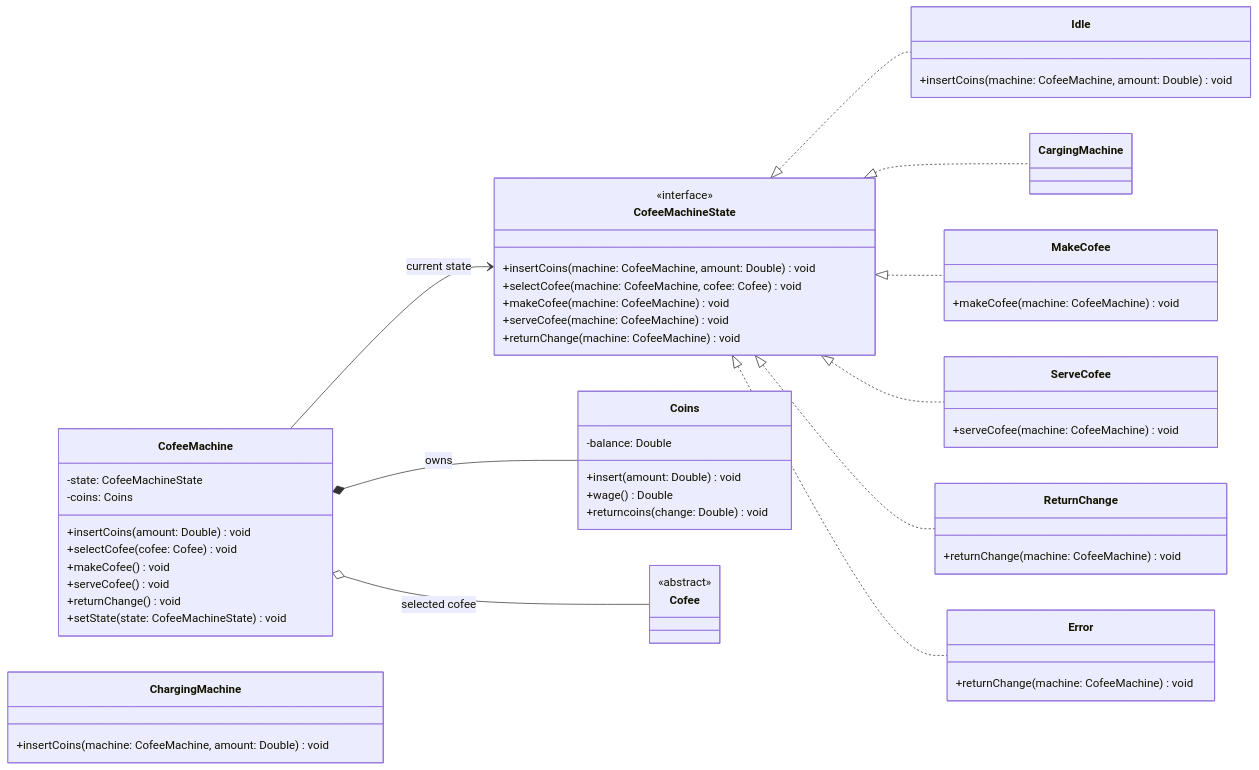
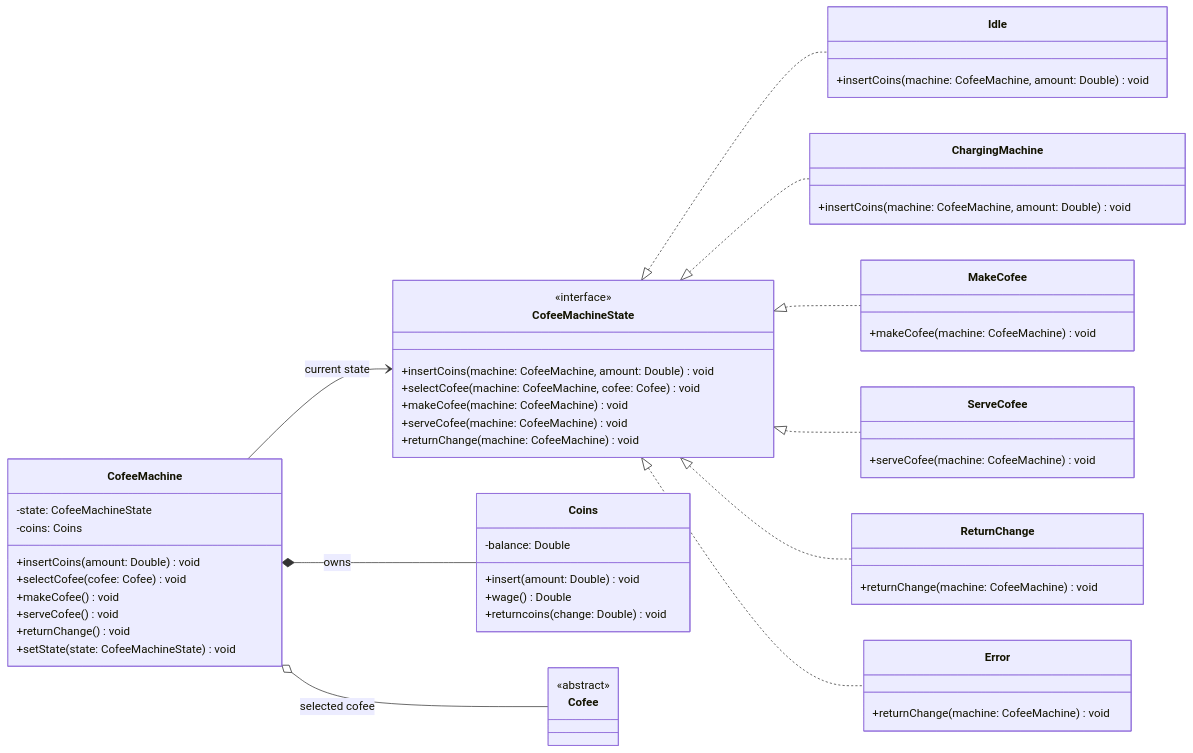
One commit to anxovaz/maquina-cafe changed the second of 3 diagrams in README.md. Above: the diagram before and after it, drawn with Mermaid. The commit also changed 2 other files, not shown here.

Commit message:
estados 2 PR Develop -> main 2 (#2)
* Add Coffee machine states and coffee machine

* Refactor change source code path to src/main/Kotlin

* Remake CofeeMachineState custom

* Fix mermaid + comments

* Add code comments to CofeeMachine

````diff
--- a/README.md
+++ b/README.md
@@ -24,64 +24,64 @@
 ```mermaid
 classDiagram
     direction LR
 
     class CofeeMachine {
         -state: CofeeMachineState
         -coins: Coins
         +insertCoins(amount: Double) void
         +selectCofee(cofee: Cofee) void
         +makeCofee() void
         +serveCofee() void
         +returnChange() void
         +setState(state: CofeeMachineState) void
     }
 
     class CofeeMachineState {
         <<interface>>
         +insertCoins(machine: CofeeMachine, amount: Double) void
         +selectCofee(machine: CofeeMachine, cofee: Cofee) void
         +makeCofee(machine: CofeeMachine) void
         +serveCofee(machine: CofeeMachine) void
         +returnChange(machine: CofeeMachine) void
     }
 
     class Idle {
         +insertCoins(machine: CofeeMachine, amount: Double) void
     }
     class ChargingMachine {
         +insertCoins(machine: CofeeMachine, amount: Double) void
     }
     class MakeCofee {
         +makeCofee(machine: CofeeMachine) void
     }
     class ServeCofee {
         +serveCofee(machine: CofeeMachine) void
     }
     class ReturnChange {
         +returnChange(machine: CofeeMachine) void
     }
     class Error {
         +returnChange(machine: CofeeMachine) void
     }
 
     class Coins {
         -balance: Double
         +insert(amount: Double) void
         +wage() Double
         +returncoins(change: Double) void
     }
 
     class Cofee {
         <<abstract>>
     }
 
     CofeeMachine --> CofeeMachineState : current state
     CofeeMachine *-- Coins : owns
     CofeeMachine o-- Cofee : selected cofee
     CofeeMachineState <|.. Idle
-    CofeeMachineState <|.. CargingMachine
+    CofeeMachineState <|.. ChargingMachine
     CofeeMachineState <|.. MakeCofee
     CofeeMachineState <|.. ServeCofee
     CofeeMachineState <|.. ReturnChange
     CofeeMachineState <|.. Error
 ```
````
